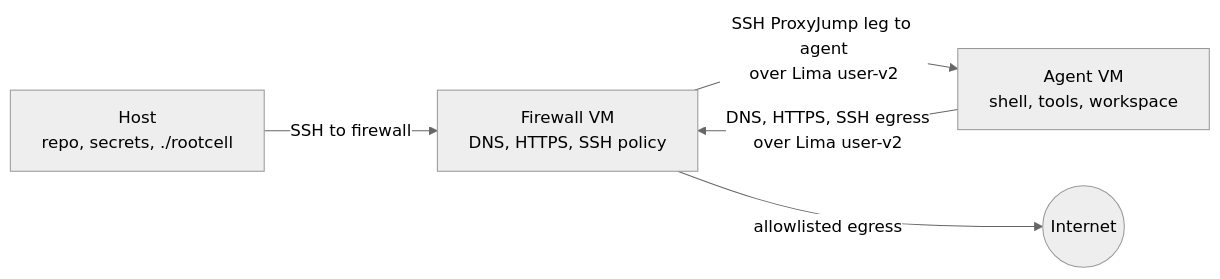
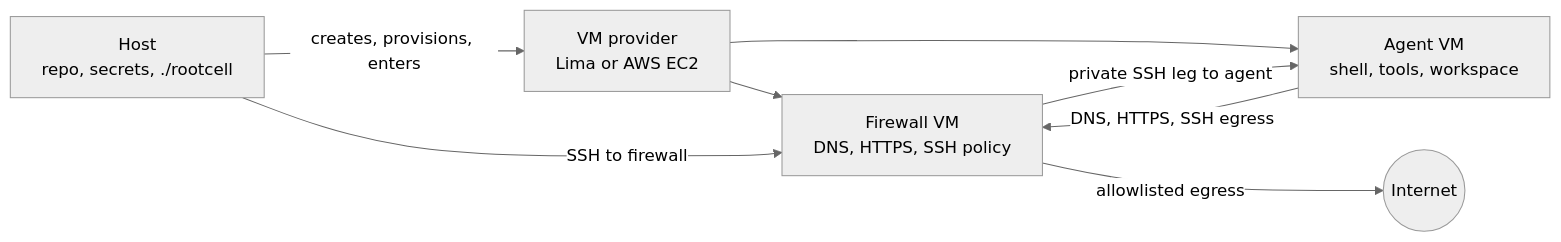
One commit to rootcell-ai/rootcell changed the diagram in README.md. Above: the diagram before and after it, drawn with Mermaid (neutral theme). The commit also changed other lines of this file and 3 other files, not shown here.

Commit message:
Split README docs for Lima and AWS providers

````diff
--- a/README.md
+++ b/README.md
@@ -47,12 +55,16 @@
 ```mermaid
 flowchart LR
   Internet(("Internet"))
   Host["Host<br/>repo, secrets, ./rootcell"]
+  Provider["VM provider<br/>Lima or AWS EC2"]
   Firewall["Firewall VM<br/>DNS, HTTPS, SSH policy"]
   Agent["Agent VM<br/>shell, tools, workspace"]
 
+  Host -->|creates, provisions, enters| Provider
+  Provider --> Firewall
+  Provider --> Agent
   Host -->|SSH to firewall| Firewall
-  Firewall -->|SSH ProxyJump leg to agent<br/>over Lima user-v2| Agent
-  Agent -->|DNS, HTTPS, SSH egress<br/>over Lima user-v2| Firewall
+  Firewall -->|private SSH leg to agent| Agent
+  Agent -->|DNS, HTTPS, SSH egress| Firewall
   Firewall -->|allowlisted egress| Internet
 ```
````
